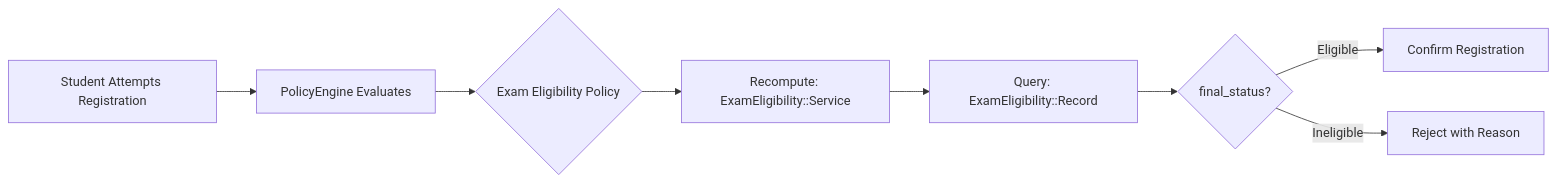
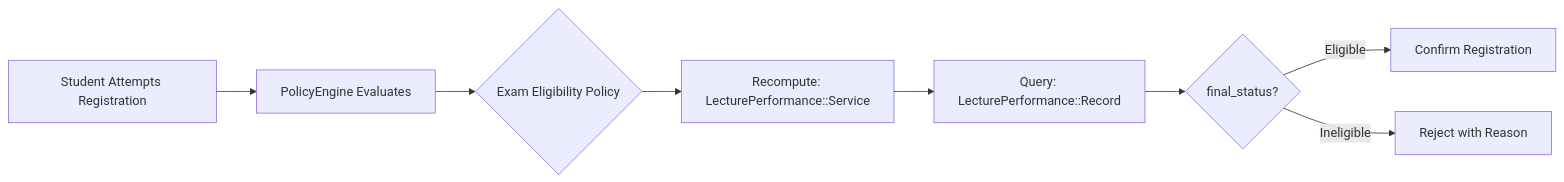
The first of 2 diagrams in architecture/src/features/06-end-to-end-workflow.md (MaMpf-HD/mampf), drawn with Mermaid before and after one commit. The commit also changed other lines of this file and 14 other files, not shown here.

Commit message:
Refactor exam eligibility system to lecture performance

````diff
--- a/architecture/src/features/06-end-to-end-workflow.md
+++ b/architecture/src/features/06-end-to-end-workflow.md
@@ -229,10 +229,10 @@
 ```mermaid
 graph LR
     A[Student Attempts Registration] --> B[PolicyEngine Evaluates]
     B --> C{Exam Eligibility Policy}
-    C --> D[Recompute: ExamEligibility::Service]
-    D --> E[Query: ExamEligibility::Record]
+    C --> D[Recompute: LecturePerformance::Service]
+    D --> E[Query: LecturePerformance::Record]
     E --> F{final_status?}
     F -->|Eligible| G[Confirm Registration]
     F -->|Ineligible| H[Reject with Reason]
 ```
````
